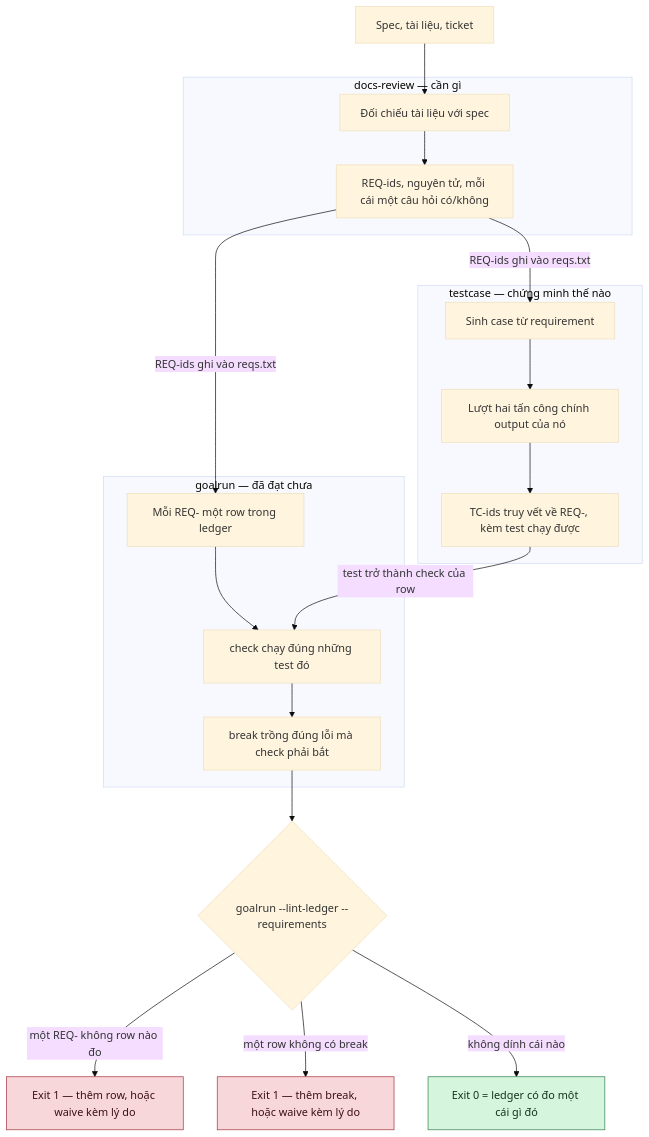
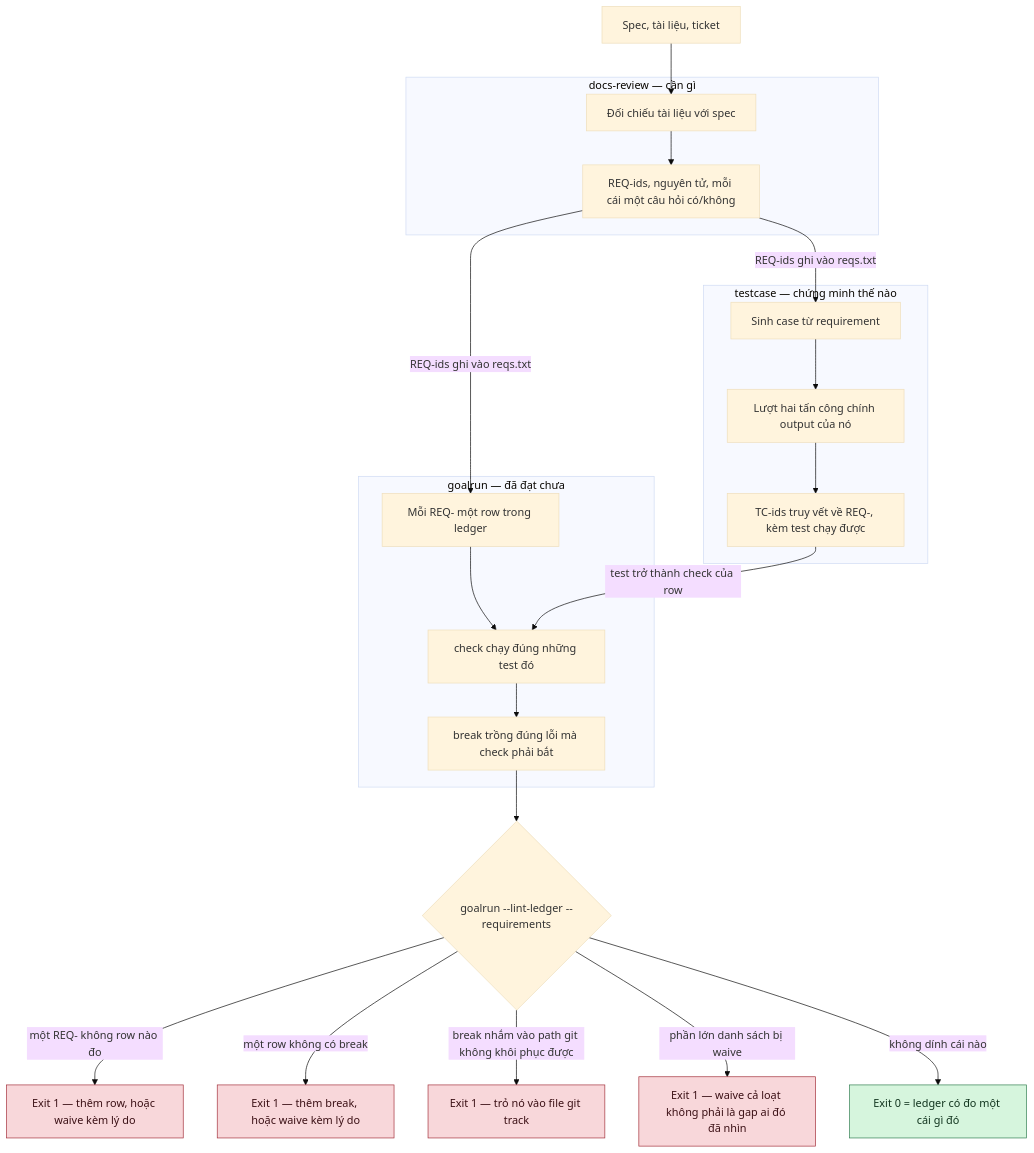
One commit to xtieume/testcase changed the first of 4 diagrams in docs/how-it-works.vi.md. Above: the diagram before and after it, drawn with Mermaid (base theme). The commit also changed other lines of this file and 1 other file, not shown here.

````diff
--- a/docs/how-it-works.vi.md
+++ b/docs/how-it-works.vi.md
@@ -13,40 +13,44 @@
 ```mermaid
 flowchart TD
     SPEC["Spec, tài liệu, ticket"]
 
     subgraph DR["docs-review — cần gì"]
         DR1["Đối chiếu tài liệu với spec"]
         DR2["REQ-ids, nguyên tử, mỗi cái một câu hỏi có/không"]
         DR1 --> DR2
     end
 
     subgraph TC["testcase — chứng minh thế nào"]
         TC1["Sinh case từ requirement"]
         TC2["Lượt hai tấn công chính output của nó"]
         TC3["TC-ids truy vết về REQ-, kèm test chạy được"]
         TC1 --> TC2 --> TC3
     end
 
     subgraph GR["goalrun — đã đạt chưa"]
         GR1["Mỗi REQ- một row trong ledger"]
         GR2["check chạy đúng những test đó"]
         GR3["break trồng đúng lỗi mà check phải bắt"]
         GR1 --> GR2 --> GR3
     end
 
     GATE{"goalrun --lint-ledger --requirements"}
     OUT["Exit 0 = ledger có đo một cái gì đó"]
 
     SPEC --> DR1
     DR2 -->|"REQ-ids ghi vào reqs.txt"| TC1
     DR2 -->|"REQ-ids ghi vào reqs.txt"| GR1
     TC3 -->|"test trở thành check của row"| GR2
     GR3 --> GATE
     GATE -->|"một REQ- không row nào đo"| FAIL1["Exit 1 — thêm row, hoặc waive kèm lý do"]
     GATE -->|"một row không có break"| FAIL2["Exit 1 — thêm break, hoặc waive kèm lý do"]
+    GATE -->|"break nhắm vào path git không khôi phục được"| FAIL3["Exit 1 — trỏ nó vào file git track"]
+    GATE -->|"phần lớn danh sách bị waive"| FAIL4["Exit 1 — waive cả loạt không phải là gap ai đó đã nhìn"]
     GATE -->|"không dính cái nào"| OUT
 
     style OUT fill:#d6f5dd,stroke:#2f7d4f,color:#12351f
     style FAIL1 fill:#f8d7da,stroke:#a3303b,color:#3b1015
     style FAIL2 fill:#f8d7da,stroke:#a3303b,color:#3b1015
+    style FAIL3 fill:#f8d7da,stroke:#a3303b,color:#3b1015
+    style FAIL4 fill:#f8d7da,stroke:#a3303b,color:#3b1015
 ```
````
